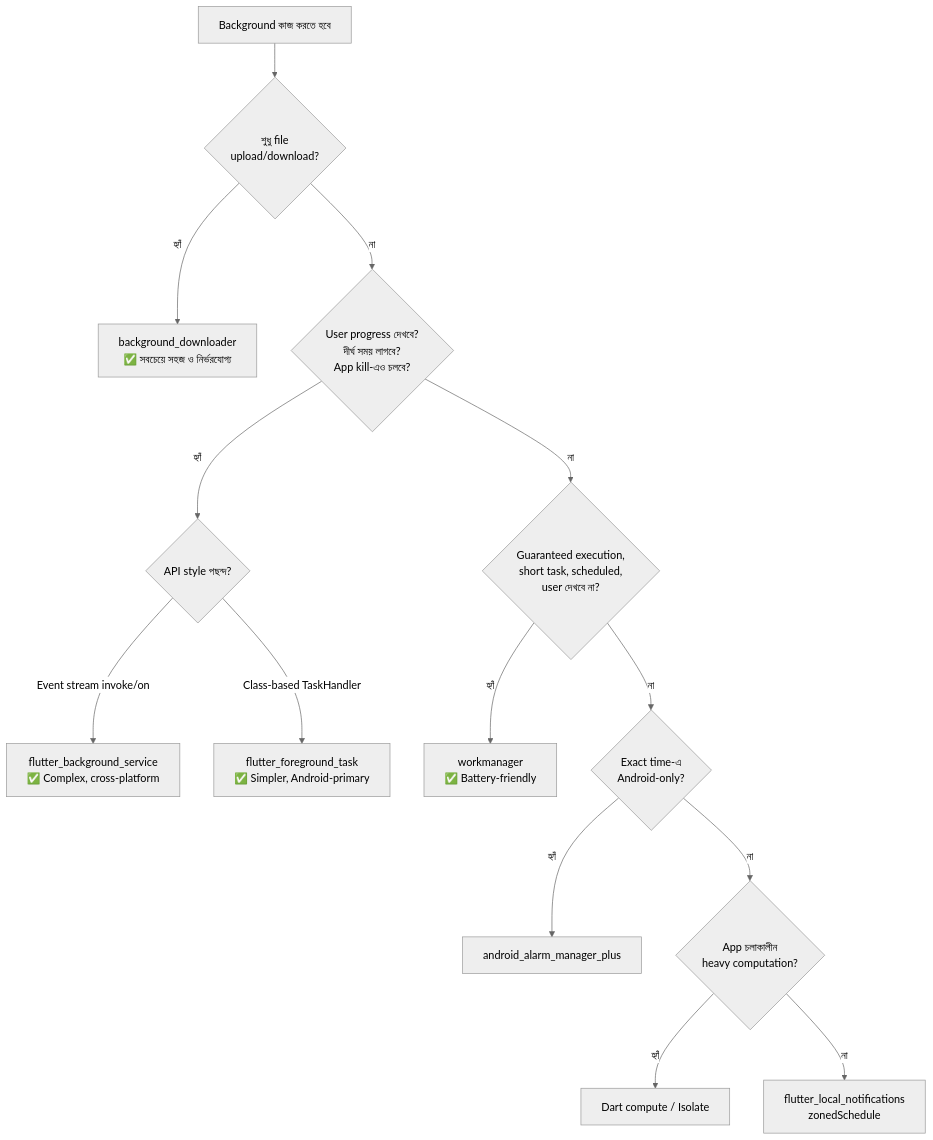
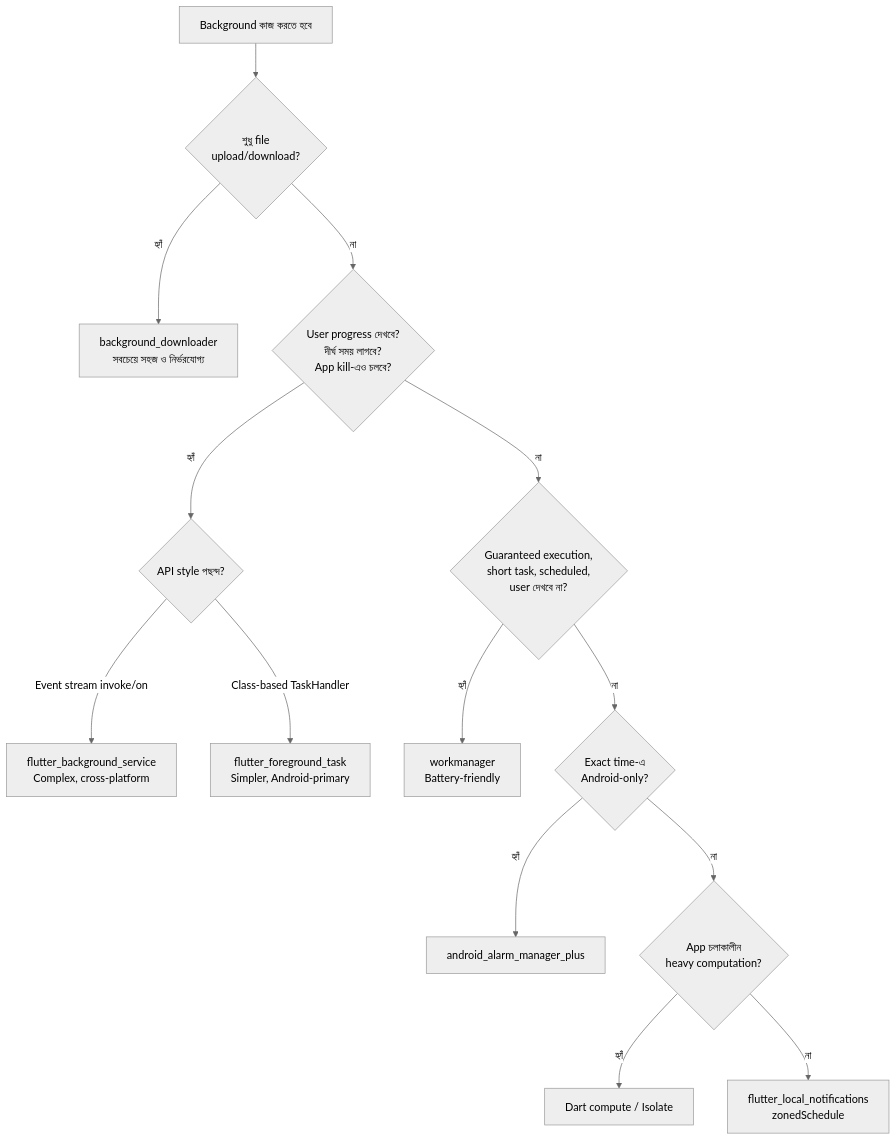
One commit to yousufCse/engineer-codex changed the tenth of 10 diagrams in flutter/notification_background_guide.md. Above: the diagram before and after it, drawn with Mermaid (neutral theme). The commit also changed other lines of this file and 8 other files, not shown here.

````diff
--- a/flutter/notification_background_guide.md
+++ b/flutter/notification_background_guide.md
@@ -4286,26 +4286,26 @@
 ```mermaid
 flowchart TD
     A[Background কাজ করতে হবে] --> B{শুধু file\nupload/download?}
 
-    B -- হ্যাঁ --> C[background_downloader\n✅ সবচেয়ে সহজ ও নির্ভরযোগ্য]
+    B -- হ্যাঁ --> C[background_downloader\n সবচেয়ে সহজ ও নির্ভরযোগ্য]
 
     B -- না --> D{User progress দেখবে?\nদীর্ঘ সময় লাগবে?\nApp kill-এও চলবে?}
 
     D -- হ্যাঁ --> E{API style পছন্দ?}
 
-    E -- Event stream invoke/on --> F[flutter_background_service\n✅ Complex, cross-platform]
-    E -- Class-based TaskHandler --> G[flutter_foreground_task\n✅ Simpler, Android-primary]
+    E -- Event stream invoke/on --> F[flutter_background_service\n Complex, cross-platform]
+    E -- Class-based TaskHandler --> G[flutter_foreground_task\n Simpler, Android-primary]
 
     D -- না --> H{Guaranteed execution,\nshort task, scheduled,\nuser দেখবে না?}
 
-    H -- হ্যাঁ --> I[workmanager\n✅ Battery-friendly]
+    H -- হ্যাঁ --> I[workmanager\n Battery-friendly]
 
     H -- না --> J{Exact time-এ\nAndroid-only?}
 
     J -- হ্যাঁ --> K[android_alarm_manager_plus]
 
     J -- না --> L{App চলাকালীন\nheavy computation?}
 
     L -- হ্যাঁ --> M[Dart compute / Isolate]
     L -- না --> N[flutter_local_notifications\nzonedSchedule]
 ```
````
